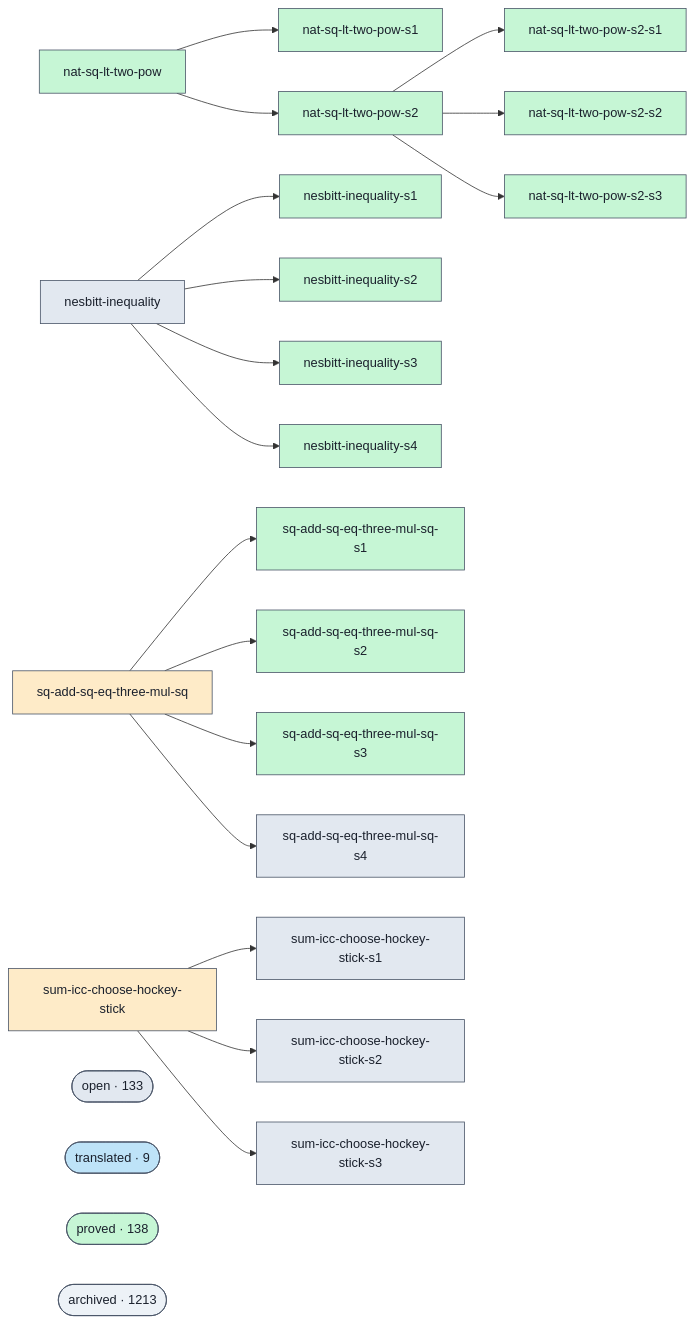
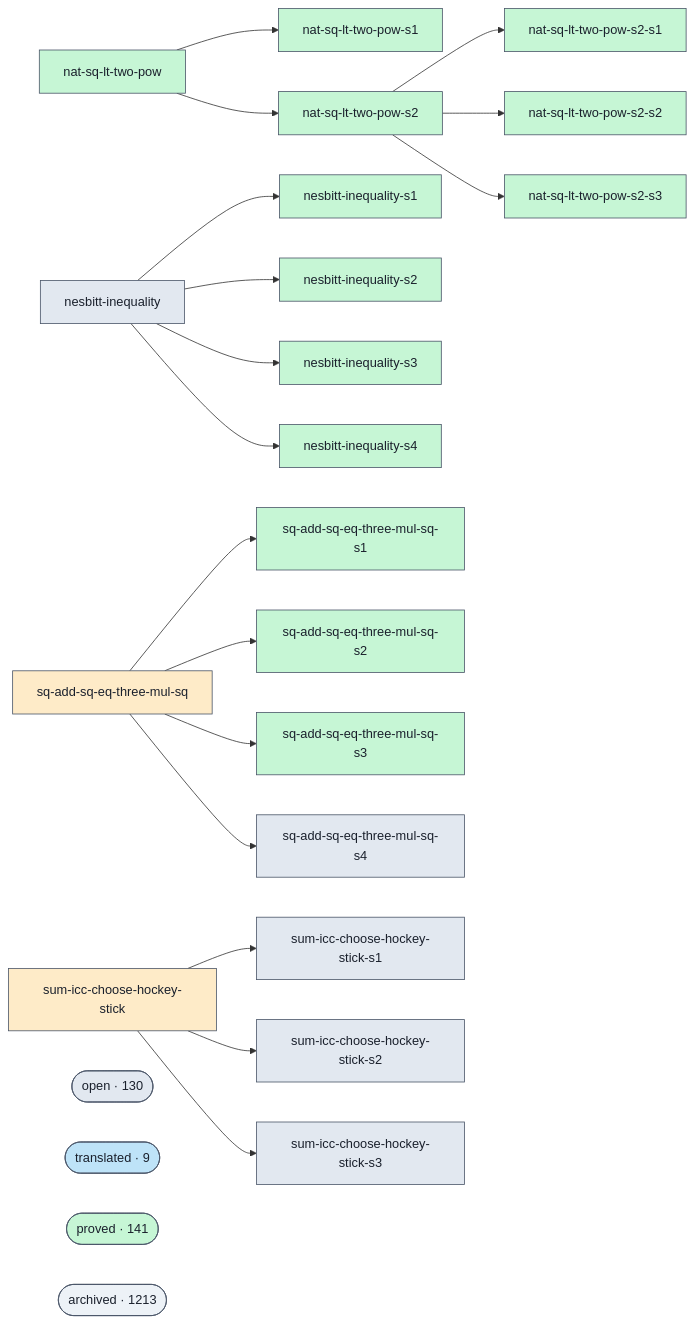
One commit to Rauxon/unsorry changed the diagram in docs/proofs-contributors-visualisation.md. Above: the diagram before and after it, drawn with Mermaid. The commit also changed other lines of this file and 2 other files, not shown here.

```diff
--- a/docs/proofs-contributors-visualisation.md
+++ b/docs/proofs-contributors-visualisation.md
@@ -98,11 +98,11 @@
   g_sum_icc_choose_hockey_stick --> g_sum_icc_choose_hockey_stick_s1
   g_sum_icc_choose_hockey_stick --> g_sum_icc_choose_hockey_stick_s2
   g_sum_icc_choose_hockey_stick --> g_sum_icc_choose_hockey_stick_s3
-  cluster_open(["open · 133"])
+  cluster_open(["open · 130"])
   class cluster_open open;
   cluster_translated(["translated · 9"])
   class cluster_translated translated;
-  cluster_proved(["proved · 138"])
+  cluster_proved(["proved · 141"])
   class cluster_proved proved;
   cluster_archived(["archived · 1213"])
   class cluster_archived unknown;
```
